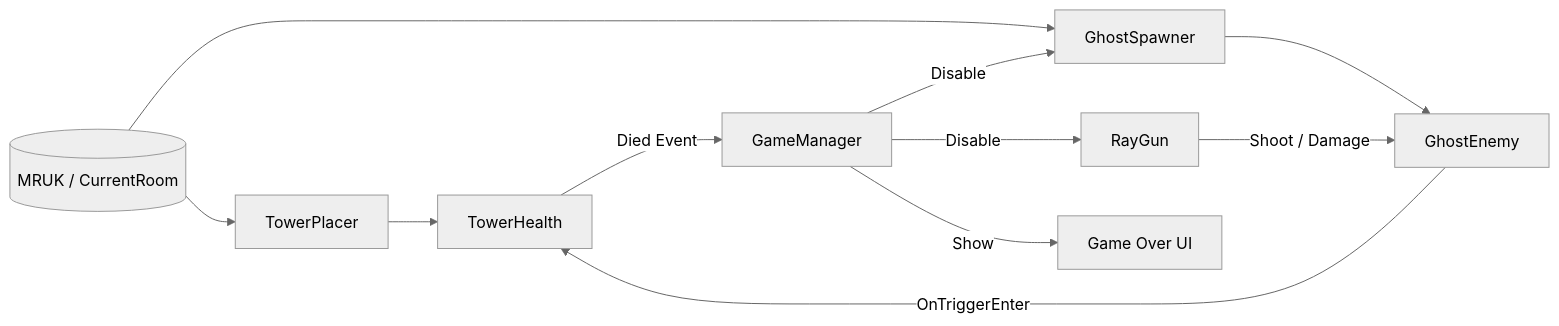
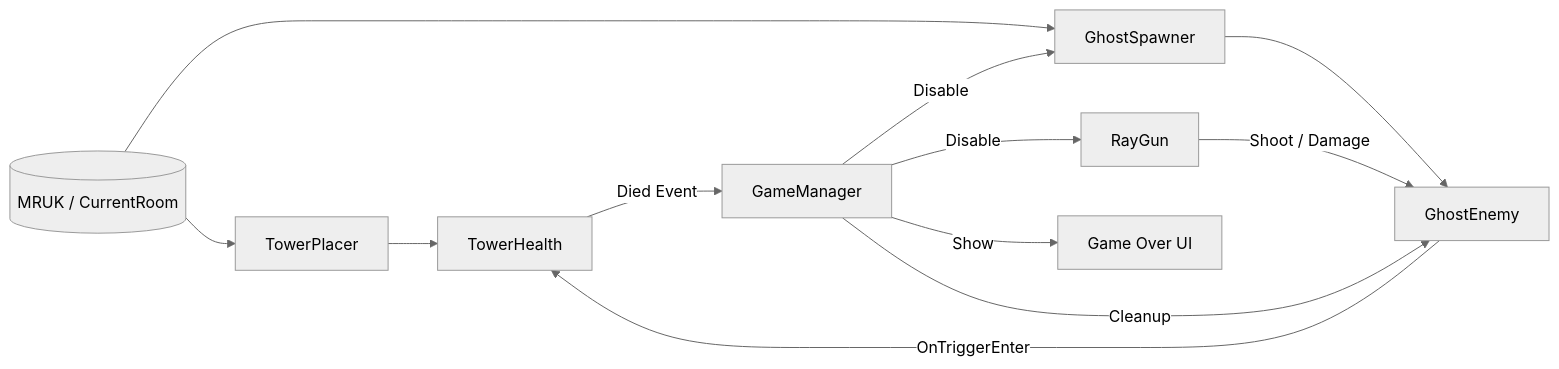
One commit to Quirkyalone1216/MRLesson-FinalTermProject changed the diagram in docs/SDD.md. Above: the diagram before and after it, drawn with Mermaid (neutral theme). The commit also changed other lines of this file and 4 other files, not shown here.

````diff
--- a/docs/SDD.md
+++ b/docs/SDD.md
@@ -46,13 +72,14 @@
 ```mermaid
 flowchart LR
   MRUK[(MRUK / CurrentRoom)] --> TP[TowerPlacer]
   MRUK --> GS[GhostSpawner]
   TP --> T[TowerHealth]
   GS --> E[GhostEnemy]
   RG[RayGun] -->|Shoot / Damage| E
   E -->|OnTriggerEnter| T
   T -->|Died Event| GM[GameManager]
   GM -->|Disable| GS
   GM -->|Disable| RG
   GM -->|Show| UI[Game Over UI]
+  GM -->|Cleanup| E
 ```
````
